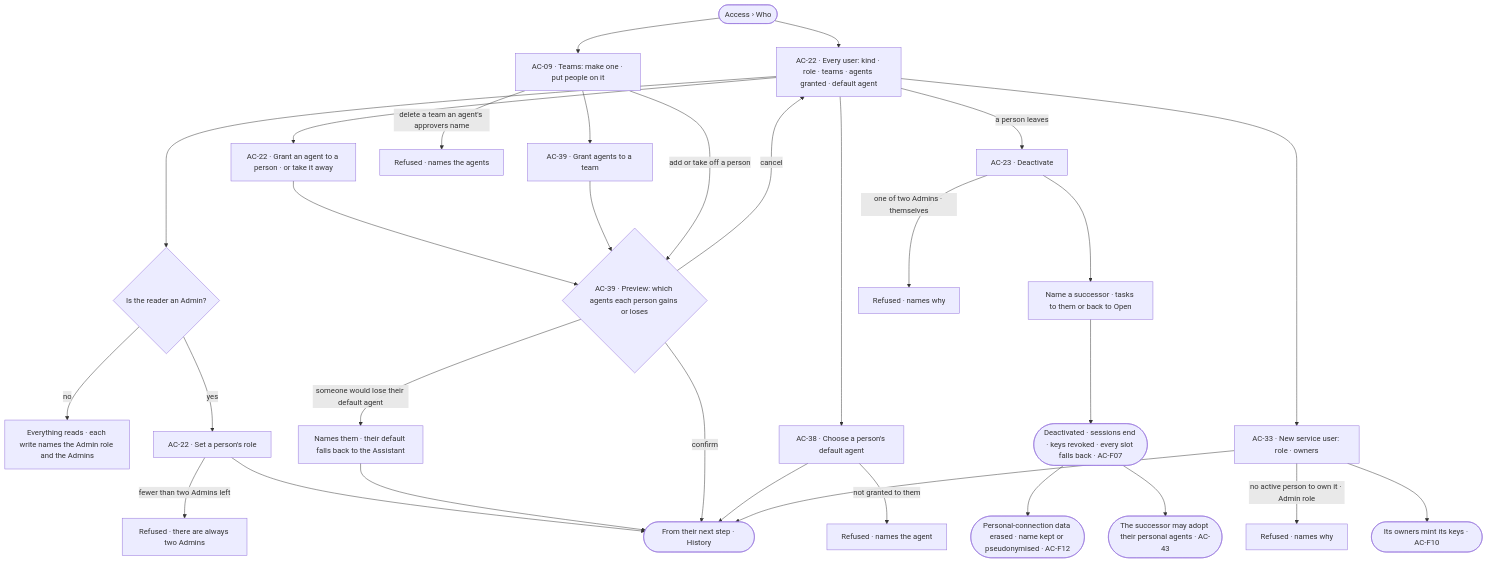
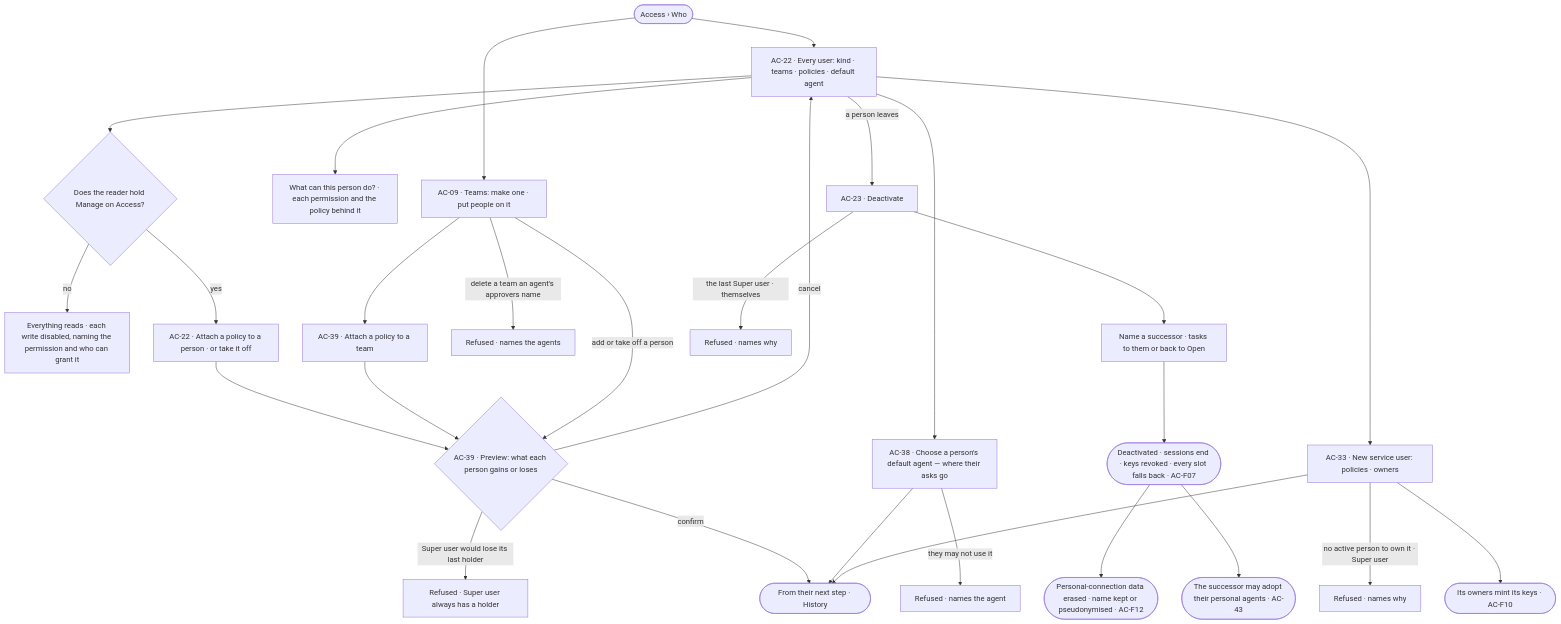
One commit to invana/invana changed the diagram in specs/os/access/features/AC-F03-directory/feature.md. Above: the diagram before and after it, drawn with Mermaid. The commit also changed other lines of this file and 106 other files, not shown here.

First line of the commit message:
docs(specs): access policies replace roles; Agents mode; project access

````diff
--- a/specs/os/access/features/AC-F03-directory/feature.md
+++ b/specs/os/access/features/AC-F03-directory/feature.md
@@ -28,33 +27,30 @@
 ```mermaid
 flowchart TD
-  start([Access › Who]) --> users["AC-22 · Every user: kind · role · teams · agents granted · default agent"]
-  users --> who{"Is the reader an Admin?"}
-  who -->|no| ro["Everything reads · each write names the Admin role and the Admins"]
-  who -->|yes| role["AC-22 · Set a person's role"]
-  role -->|fewer than two Admins left| last["Refused · there are always two Admins"]
-  role --> saved(["From their next step · History"])
-  users --> grant["AC-22 · Grant an agent to a person · or take it away"]
+  start([Access › Who]) --> users["AC-22 · Every user: kind · teams · policies · default agent"]
+  users --> who{"Does the reader hold Manage on Access?"}
+  who -->|no| ro["Everything reads · each write disabled, naming the permission and who can grant it"]
+  who -->|yes| grant["AC-22 · Attach a policy to a person · or take it off"]
+  users --> eff["What can this person do? · each permission and the policy behind it"]
   start --> teams["AC-09 · Teams: make one · put people on it"]
-  teams --> tgrant["AC-39 · Grant agents to a team"]
-  grant --> prev{"AC-39 · Preview: which agents each person gains or loses"}
+  teams --> tgrant["AC-39 · Attach a policy to a team"]
+  grant --> prev{"AC-39 · Preview: what each person gains or loses"}
   tgrant --> prev
   teams -->|add or take off a person| prev
-  prev -->|someone would lose their default agent| dflt["Names them · their default falls back to the Assistant"]
-  dflt --> saved
-  prev -->|confirm| saved
+  prev -->|Super user would lose its last holder| last["Refused · Super user always has a holder"]
+  prev -->|confirm| saved(["From their next step · History"])
   prev -->|cancel| users
-  users --> def["AC-38 · Choose a person's default agent"]
-  def -->|not granted to them| defr["Refused · names the agent"]
+  users --> def["AC-38 · Choose a person's default agent — where their asks go"]
+  def -->|they may not use it| defr["Refused · names the agent"]
   def --> saved
   teams -->|delete a team an agent's approvers name| held["Refused · names the agents"]
   users -->|a person leaves| deact["AC-23 · Deactivate"]
   deact --> succ["Name a successor · tasks to them or back to Open"]
   succ --> off(["Deactivated · sessions end · keys revoked · every slot falls back · AC-F07"])
   off --> keep(["Personal-connection data erased · name kept or pseudonymised · AC-F12"])
   off --> adopt(["The successor may adopt their personal agents · AC-43"])
-  deact -->|one of two Admins · themselves| refd["Refused · names why"]
-  users --> svc["AC-33 · New service user: role · owners"]
-  svc -->|no active person to own it · Admin role| svr["Refused · names why"]
+  deact -->|the last Super user · themselves| refd["Refused · names why"]
+  users --> svc["AC-33 · New service user: policies · owners"]
+  svc -->|no active person to own it · Super user| svr["Refused · names why"]
   svc --> saved
   svc --> keys(["Its owners mint its keys · AC-F10"])
 ```
````
